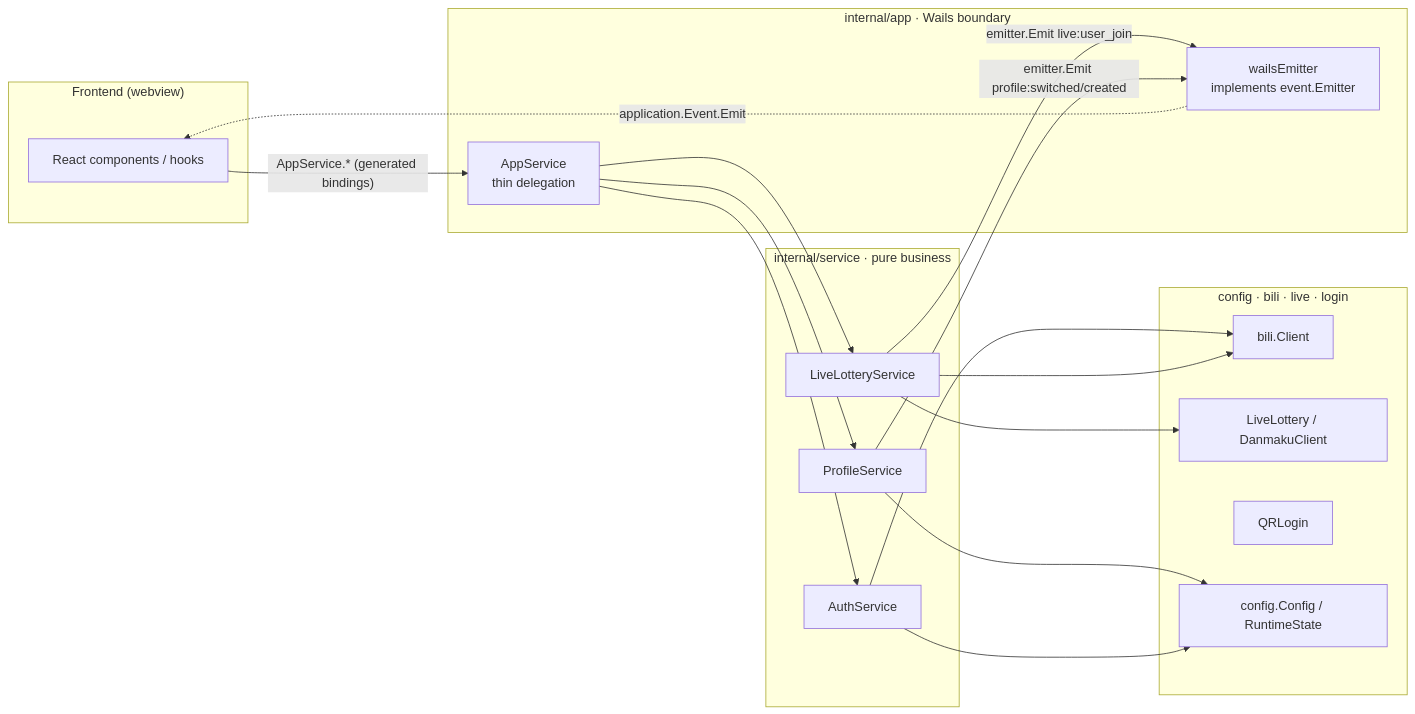
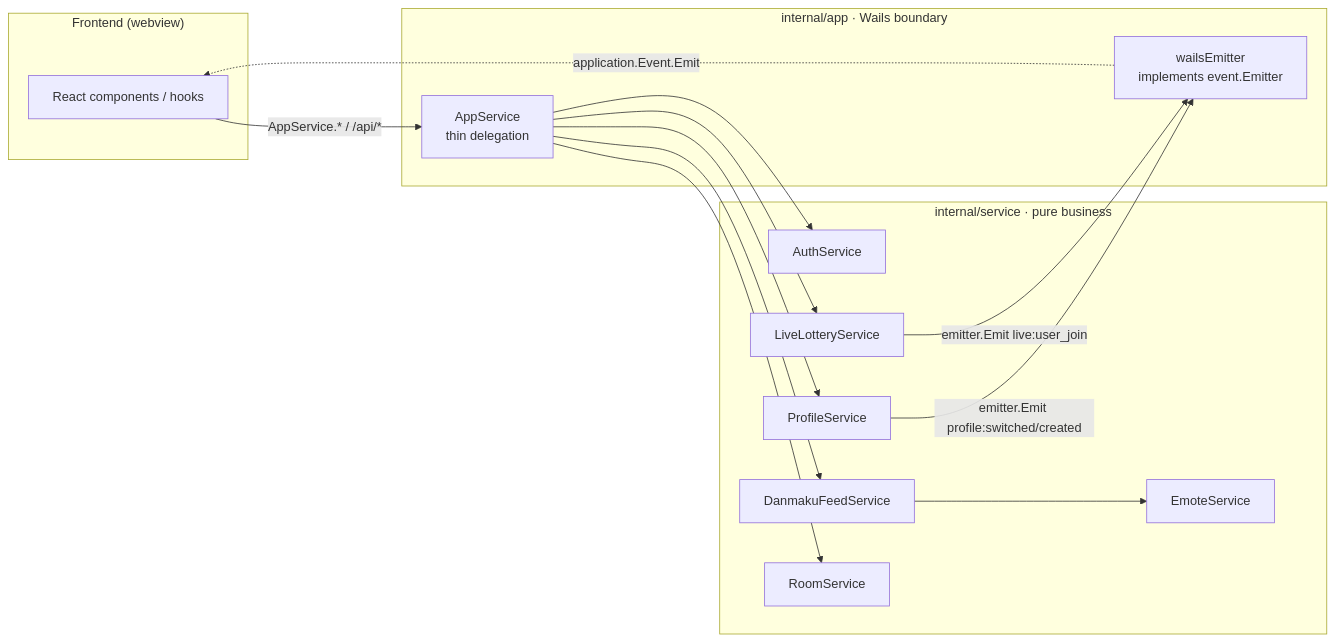
One commit to aDarkMaker/BiliLuckyDraw changed the second of 2 diagrams in docs/en/architecture/backend.md. Above: the diagram before and after it, drawn with Mermaid. The commit also changed other lines of this file and 30 other files, not shown here.

````diff
--- a/docs/en/architecture/backend.md
+++ b/docs/en/architecture/backend.md
@@ -34,37 +46,31 @@
 ```mermaid
 flowchart LR
     subgraph FE["Frontend (webview)"]
         UI[React components / hooks]
     end
 
     subgraph APP["internal/app · Wails boundary"]
         AS["AppService<br/>thin delegation"]
         WE["wailsEmitter<br/>implements event.Emitter"]
     end
 
     subgraph SVC["internal/service · pure business"]
         Auth[AuthService]
         Live[LiveLotteryService]
-        Profile[ProfileService]
+        Dm[DanmakuFeedService]
+        Emote[EmoteService]
+        Prof[ProfileService]
+        Room[RoomService]
     end
 
-    subgraph BASE["config · bili · live · login"]
-        Bili[bili.Client]
-        LLive[LiveLottery / DanmakuClient]
-        QR[QRLogin]
-        Cfg[config.Config / RuntimeState]
-    end
-
-    UI -- "AppService.* (generated bindings)" --> AS
+    UI -- "AppService.* / /api/*" --> AS
     AS --> Auth
     AS --> Live
-    AS --> Profile
+    AS --> Dm
+    AS --> Prof
+    AS --> Room
+    Dm --> Emote
     Live -- "emitter.Emit live:user_join" --> WE
-    Profile -- "emitter.Emit profile:switched/created" --> WE
+    Prof -- "emitter.Emit profile:switched/created" --> WE
     WE -. "application.Event.Emit" .-> UI
-    Auth --> Bili
-    Live --> LLive
-    Live --> Bili
-    Profile --> Cfg
-    Auth --> Cfg
 ```
````
